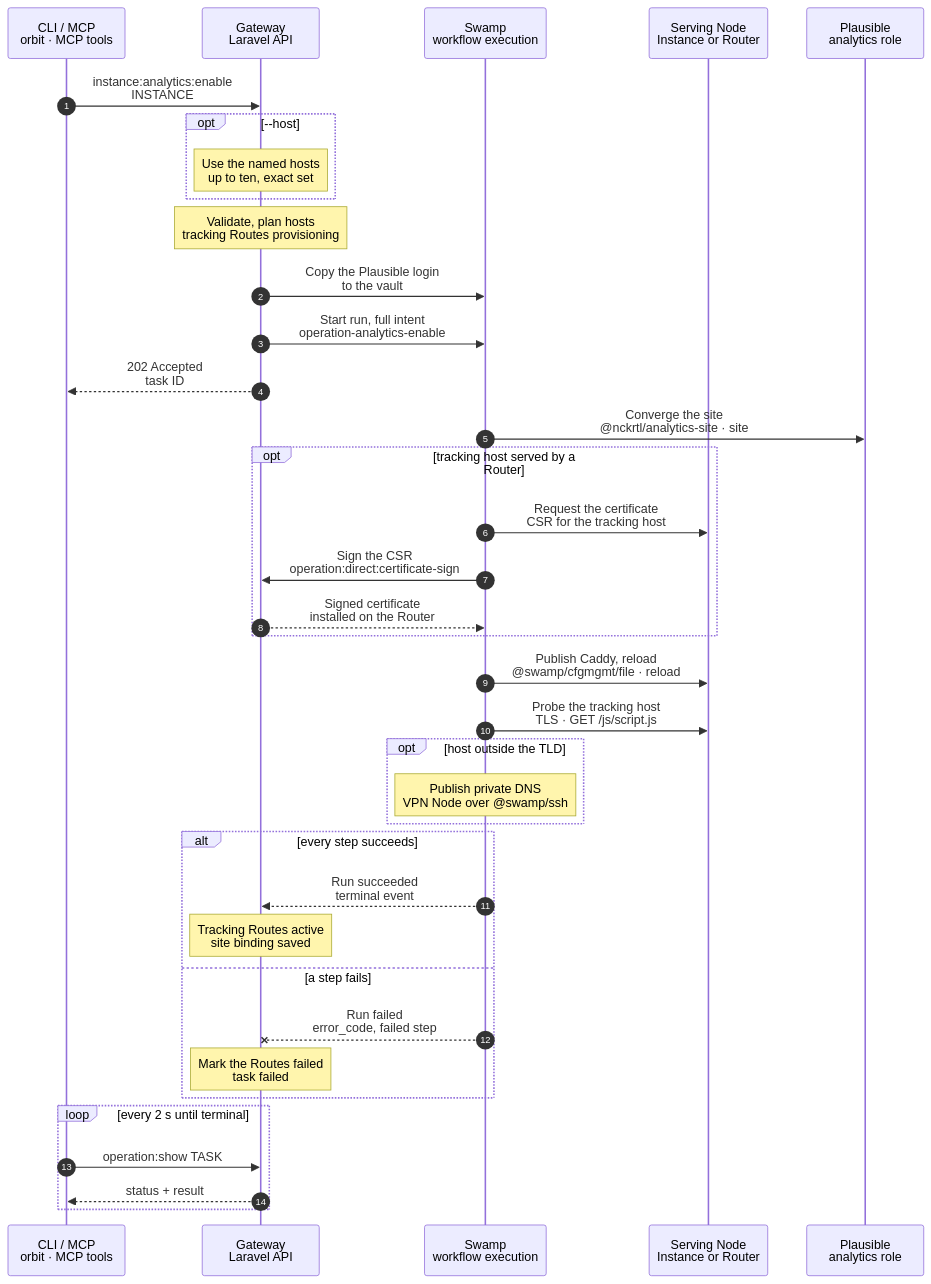
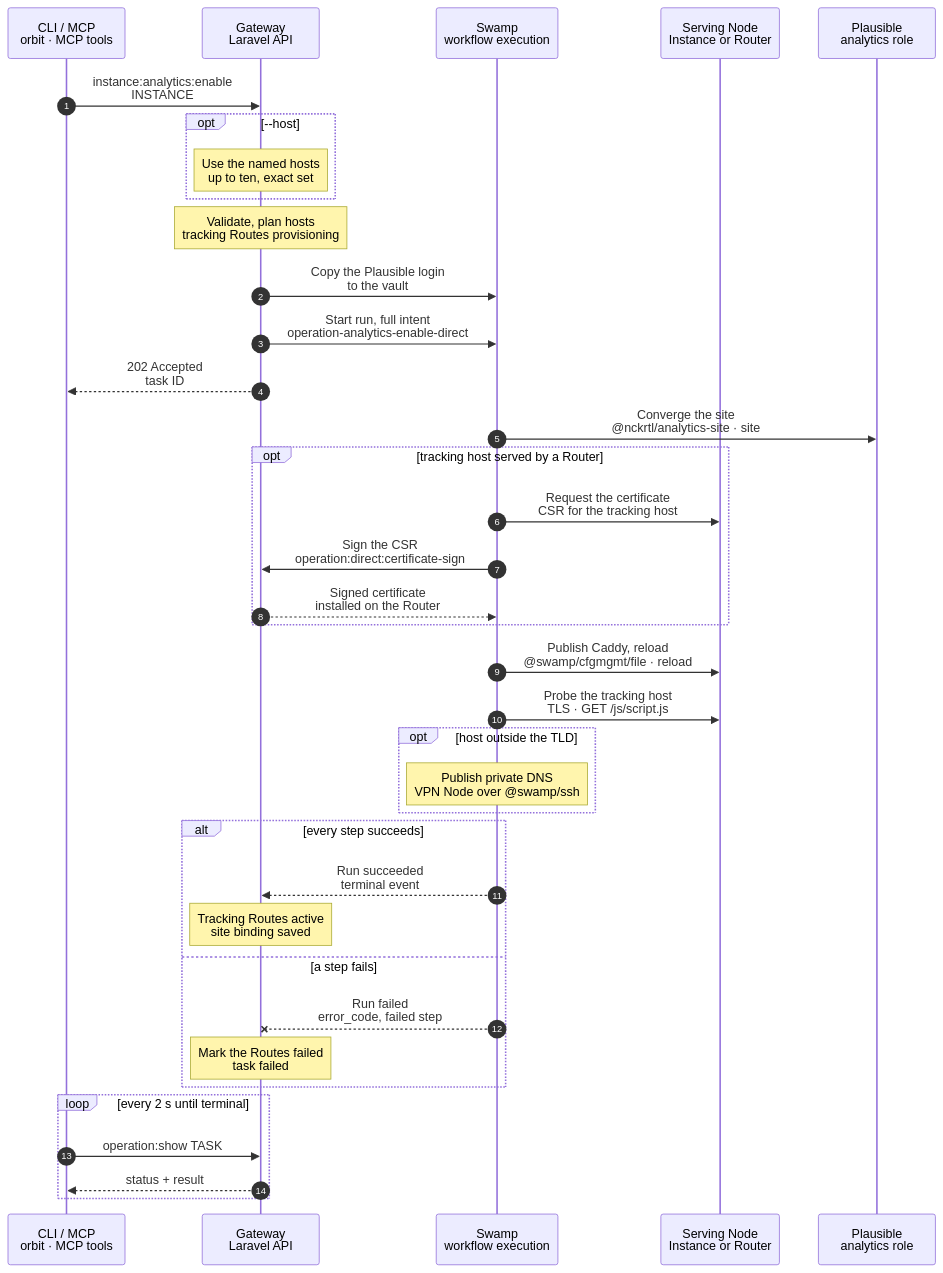
One commit to hardimpactdev/orbit changed the diagram in docs/cli/instance/analytics-enable.mmd. Above: the diagram before and after it, drawn with Mermaid. The commit also changed 56 other files, not shown here.

```diff
--- a/docs/cli/instance/analytics-enable.mmd
+++ b/docs/cli/instance/analytics-enable.mmd
@@ -1,62 +1,62 @@
 sequenceDiagram
   %% Target design: ADR 0244 task, one Swamp run, certificate signing is the one step-to-Gateway call. docs/reference/analytics.md#publish-a-tracking-host.
   %% status: reviewed
   %% command: instance:analytics:enable
   %% kind: analytics.enable
   autonumber
   %% lane CLI icon=terminal pill=caller tone=gray
   %% lane GW icon=gateway pill=intent tone=blue
   %% lane SW icon=workflow pill=executes tone=green
   %% lane N icon=server pill=target tone=amber
   %% lane P icon=server pill=target tone=purple
   participant CLI as CLI / MCP<br/>orbit · MCP tools
   participant GW as Gateway<br/>Laravel API
   participant SW as Swamp<br/>workflow execution
   participant N as Serving Node<br/>Instance or Router
   participant P as Plausible<br/>analytics role
   CLI->>GW: instance:analytics:enable<br/>INSTANCE
   opt --host
     Note over GW: Use the named hosts<br/>up to ten, exact set
   end
   Note over GW: Validate, plan hosts<br/>tracking Routes provisioning
   GW->>SW: Copy the Plausible login<br/>to the vault
   %%> Why:
   %%> - the run gets the vault key name, never the credentials; a missing login stops the command before any task starts
-  GW->>SW: Start run, full intent<br/>operation-analytics-enable
+  GW->>SW: Start run, full intent<br/>operation-analytics-enable-direct
   GW-->>CLI: 202 Accepted<br/>task ID
   SW->>P: Converge the site<br/>@nckrtl/analytics-site · site
   %%> Why:
   %%> - creates the site when it is missing and updates it otherwise, never a duplicate; it sets the timezone and goals and logs out, also after a failure
   opt tracking host served by a Router
     SW->>N: Request the certificate<br/>CSR for the tracking host
     SW->>GW: Sign the CSR<br/>operation:direct:certificate-sign
     %%> Why a call to the Gateway:
     %%> - certificate signing is the one allowed step-to-Gateway call; the Orbit CA stays in the Gateway
     GW-->>SW: Signed certificate<br/>installed on the Router
   end
   SW->>N: Publish Caddy, reload<br/>@swamp/cfgmgmt/file · reload
   %%> Why one step:
   %%> - sites of hosts you left out go in the same validated reload
   SW->>N: Probe the tracking host<br/>TLS · GET /js/script.js
   opt host outside the TLD
     Note over SW: Publish private DNS<br/>VPN Node over @swamp/ssh
     %%> Why only outside the TLD:
     %%> - private DNS answers the whole TLD, so a host inside it needs no record
   end
   alt every step succeeds
     SW-->>GW: Run succeeded<br/>terminal event
     Note over GW: Tracking Routes active<br/>site binding saved
     %%> Result:
     %%> - removed hosts' Routes are deleted
   else a step fails
     SW--xGW: Run failed<br/>error_code, failed step
     Note over GW: Mark the Routes failed<br/>task failed
     %%> On the Nodes:
     %%> - finished steps stay; a Plausible site already created stays and a rerun reuses it; there is no rollback
     %%> Retry:
     %%> - run the same command again; it converges the same site and hosts
   end
   loop every 2 s until terminal
     CLI->>GW: operation:show TASK
     GW-->>CLI: status + result
   end
```
